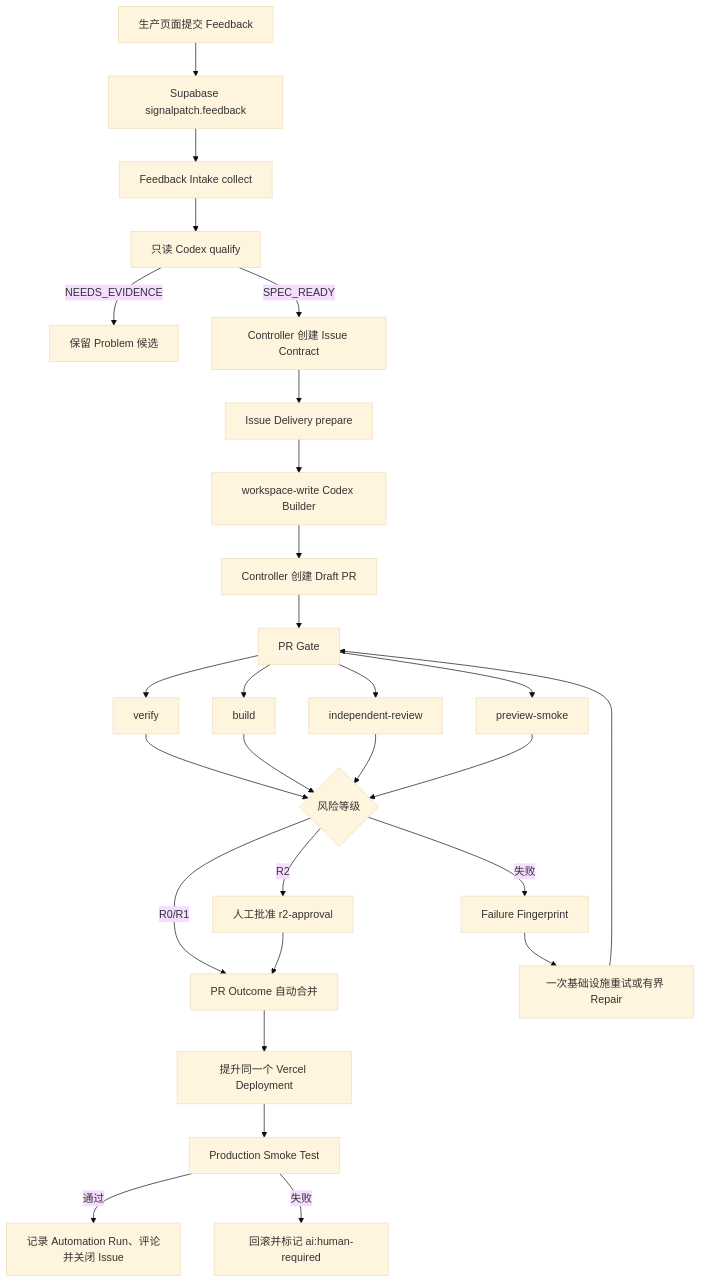
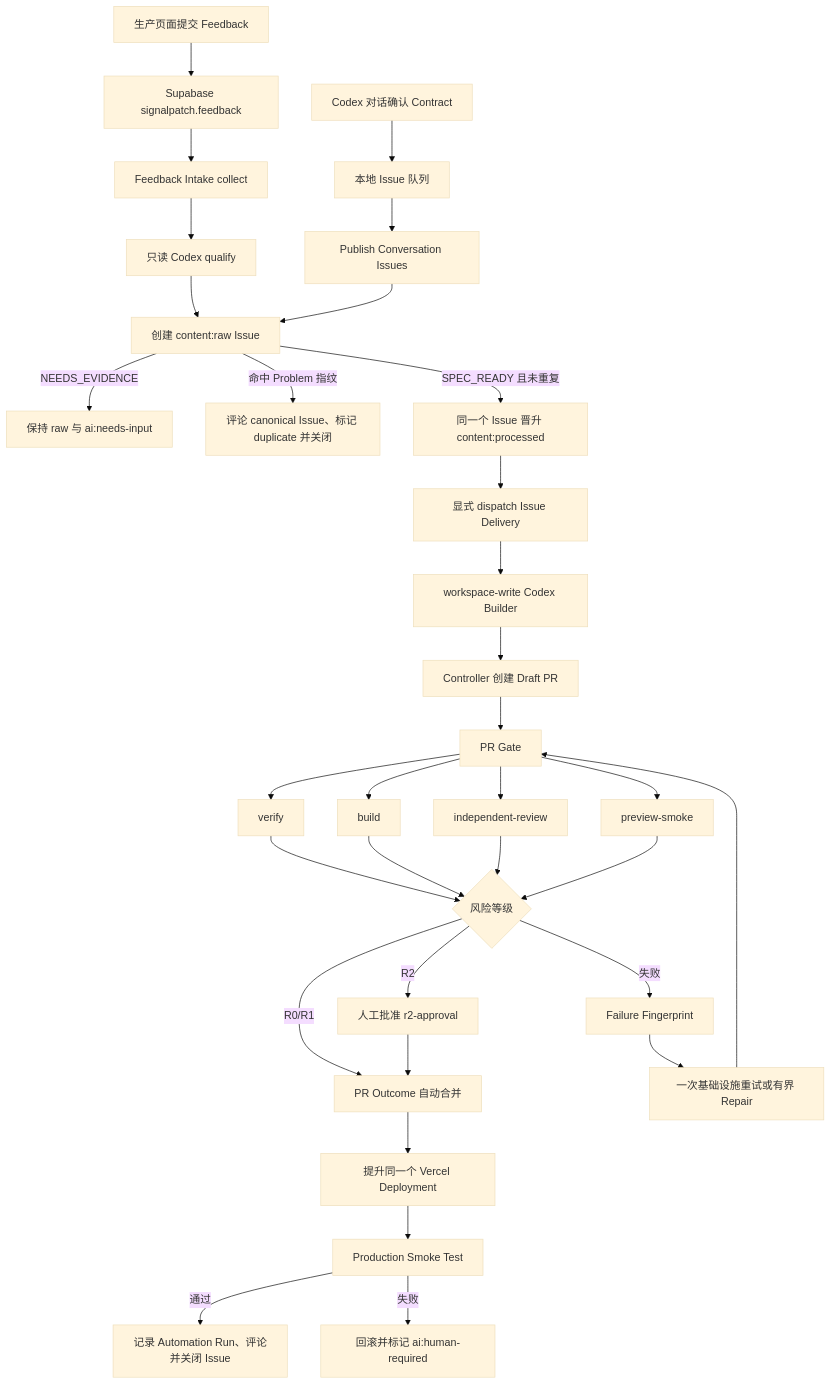
The first of 2 diagrams in docs/codex-manual-operations.md (liuzhuang/signalpatch), drawn with Mermaid (base theme) before and after one commit. The commit also changed other lines of this file and 15 other files, not shown here.

````diff
--- a/docs/codex-manual-operations.md
+++ b/docs/codex-manual-operations.md
@@ -160,30 +162,35 @@
 ```mermaid
 flowchart TD
   A[生产页面提交 Feedback] --> B[Supabase signalpatch.feedback]
+  A2[Codex 对话确认 Contract] --> B2[本地 Issue 队列]
   B --> C[Feedback Intake collect]
+  B2 --> C2[Publish Conversation Issues]
   C --> D[只读 Codex qualify]
-  D -->|NEEDS_EVIDENCE| E[保留 Problem 候选]
-  D -->|SPEC_READY| F[Controller 创建 Issue Contract]
-  F --> G[Issue Delivery prepare]
+  D --> E[创建 content:raw Issue]
+  C2 --> E
+  E -->|NEEDS_EVIDENCE| E1[保持 raw 与 ai:needs-input]
+  E -->|命中 Problem 指纹| E2[评论 canonical Issue、标记 duplicate 并关闭]
+  E -->|SPEC_READY 且未重复| F[同一个 Issue 晋升 content:processed]
+  F --> G[显式 dispatch Issue Delivery]
   G --> H[workspace-write Codex Builder]
   H --> I[Controller 创建 Draft PR]
   I --> J[PR Gate]
   J --> J1[verify]
   J --> J2[build]
   J --> J3[independent-review]
   J --> J4[preview-smoke]
   J1 --> K{风险等级}
   J2 --> K
   J3 --> K
   J4 --> K
   K -->|R0/R1| L[PR Outcome 自动合并]
   K -->|R2| M[人工批准 r2-approval]
   M --> L
   K -->|失败| N[Failure Fingerprint]
   N --> O[一次基础设施重试或有界 Repair]
   O --> J
   L --> P[提升同一个 Vercel Deployment]
   P --> Q[Production Smoke Test]
   Q -->|通过| R[记录 Automation Run、评论并关闭 Issue]
   Q -->|失败| S[回滚并标记 ai:human-required]
 ```
````
